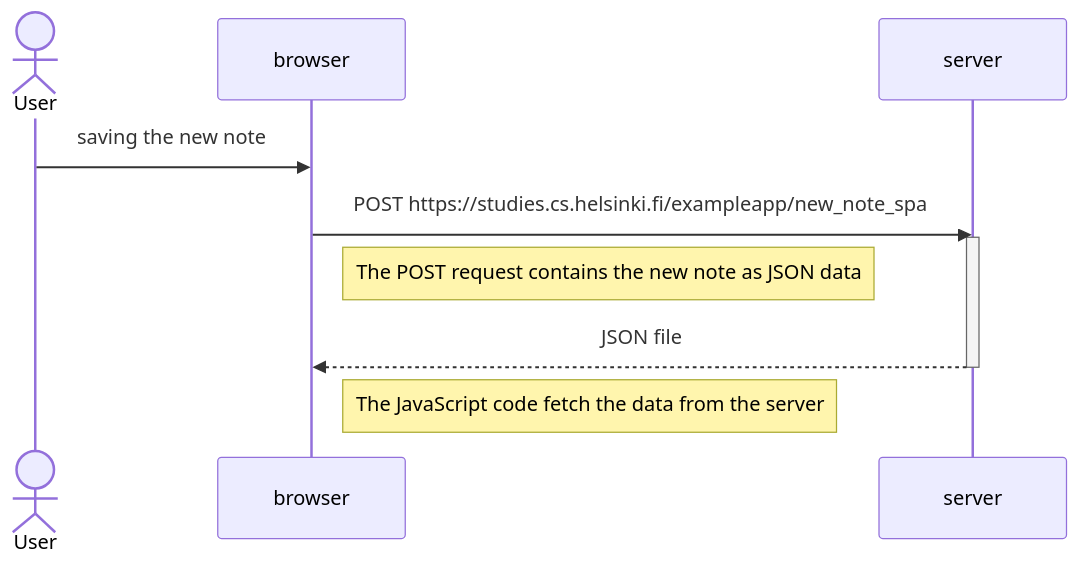
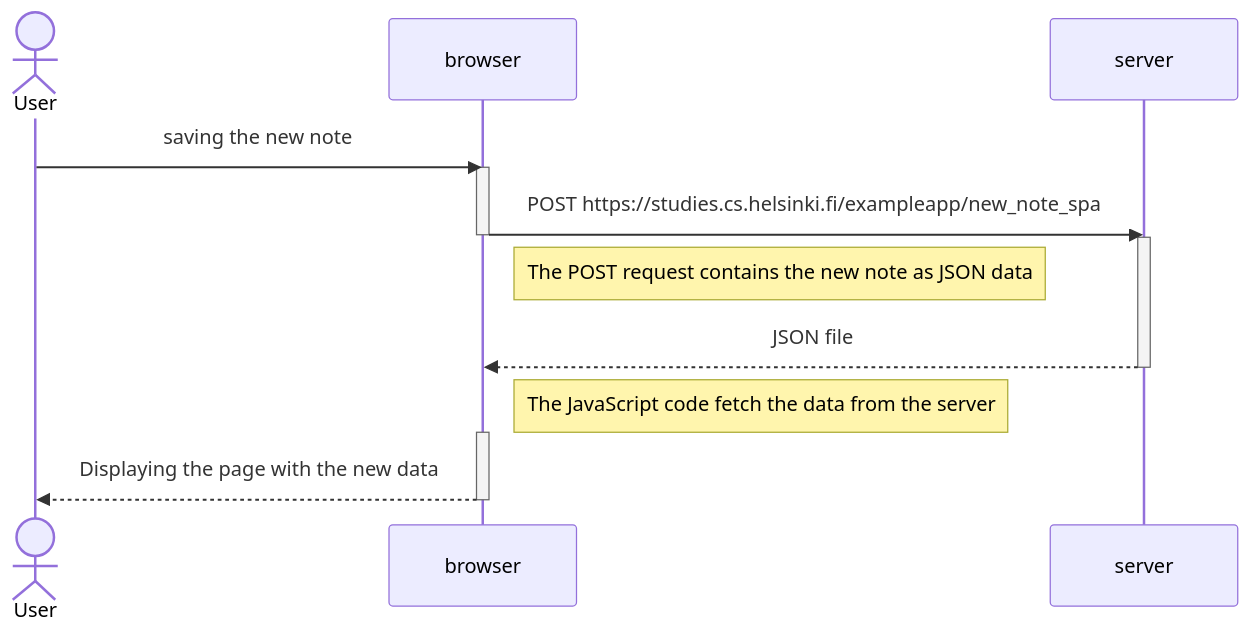
The third of 3 diagrams in README.md (lumuellelumelay/full_stack_open), drawn with Mermaid before and after one commit.

Commit message:
README.md

````diff
--- a/README.md
+++ b/README.md
@@ -61,19 +61,24 @@
 ```mermaid
 sequenceDiagram
     actor User
     participant browser
     participant server
 
     User->>browser: saving the new note
+    activate browser
 
     browser->>server: POST https://studies.cs.helsinki.fi/exampleapp/new_note_spa
+    deactivate browser
     activate server
 
     Note right of browser: The POST request contains the new note as JSON data
 
     server-->>browser: JSON file
     deactivate server
 
     Note right of browser: The JavaScript code fetch the data from the server
-    
+
+    activate browser
+    browser-->>User: Displaying the page with the new data
+    deactivate browser
 ```
````
